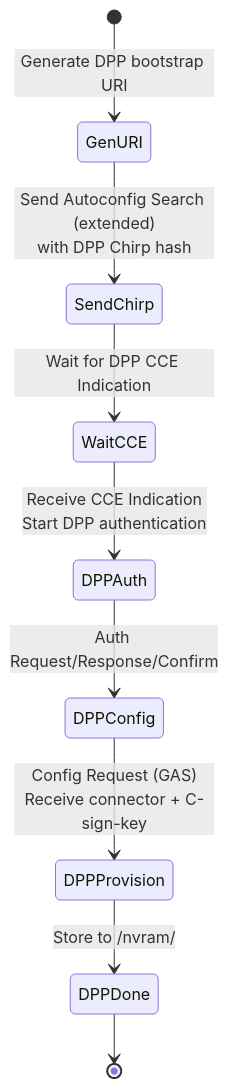
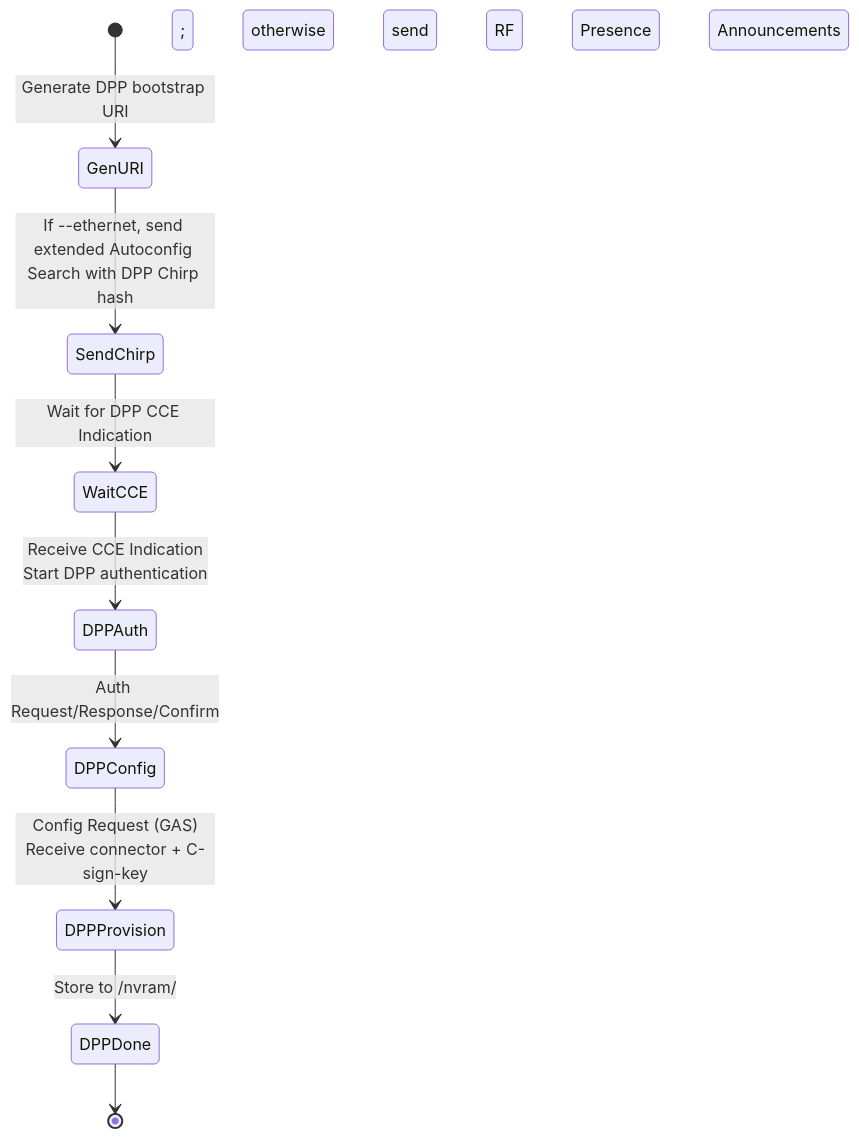
The eighth of 17 diagrams in docs/README.md (rdkcentral/unified-wifi-mesh), drawn with Mermaid before and after one commit. The commit also changed other lines of this file, not shown here.

````diff
--- a/docs/README.md
+++ b/docs/README.md
@@ -358,11 +358,11 @@
 ```mermaid
 stateDiagram-v2
     [*] --> GenURI: Generate DPP bootstrap URI
-    GenURI --> SendChirp: Send Autoconfig Search (extended)<br/>with DPP Chirp hash
+    GenURI --> SendChirp: If --ethernet, send extended Autoconfig Search with DPP Chirp hash; otherwise send RF Presence Announcements
     SendChirp --> WaitCCE: Wait for DPP CCE Indication
     WaitCCE --> DPPAuth: Receive CCE Indication<br/>Start DPP authentication
     DPPAuth --> DPPConfig: Auth Request/Response/Confirm
     DPPConfig --> DPPProvision: Config Request (GAS)<br/>Receive connector + C-sign-key
     DPPProvision --> DPPDone: Store to /nvram/
     DPPDone --> [*]
 ```
````
